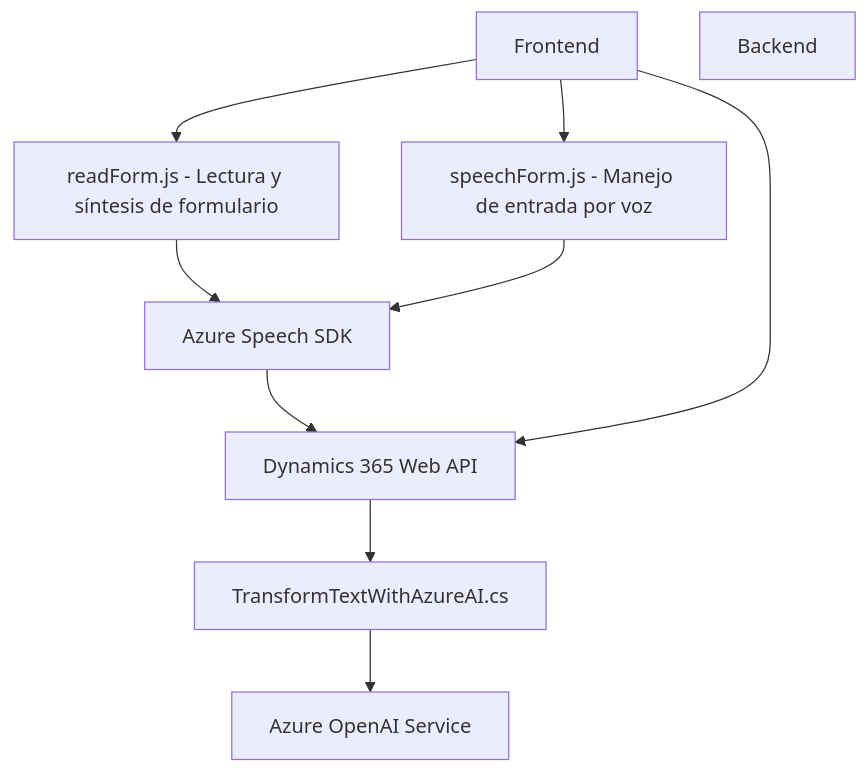
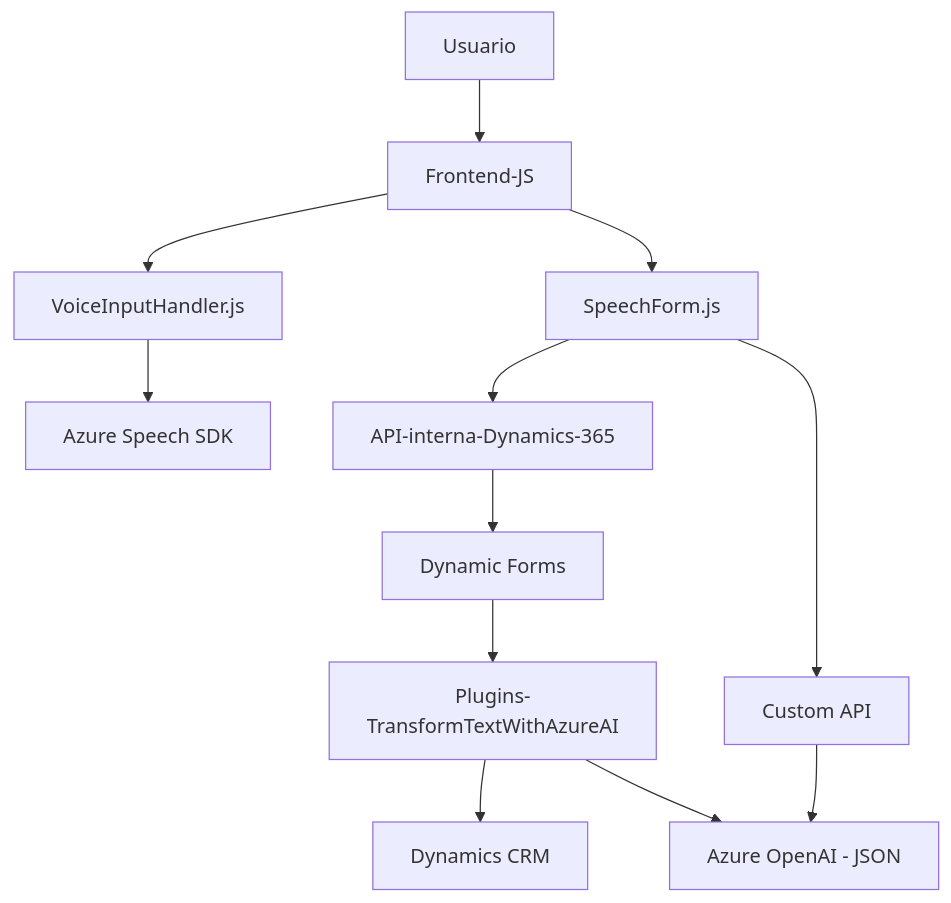
The diagram in README.md (blopezdm/NETCORE_BILBAO2025), drawn with Mermaid before and after one commit. The commit also changed other lines of this file, not shown here.

````diff
--- a/README.md
+++ b/README.md
@@ -59,22 +41,14 @@
 ```mermaid
 graph TD
-    A["Frontend"]
-    A1["readForm.js - Lectura y síntesis de formulario"]
-    A2["speechForm.js - Manejo de entrada por voz"]
-    B["Azure Speech SDK"]
-    C["Dynamics 365 Web API"]
-
-    D["Backend"]
-    D1["TransformTextWithAzureAI.cs"]
-    D2["Azure OpenAI Service"]
-
-    A --> A1
-    A --> A2
-    A1 --> B
-    A2 --> B
-    B --> C
-    A --> C
-
-    C --> D1
-    D1 --> D2
+    A["Usuario"] --> B["Frontend-JS"]
+    B --> C["VoiceInputHandler.js"]
+    B --> D["SpeechForm.js"]
+    C --> E["Azure Speech SDK"]
+    D --> F["API-interna-Dynamics-365"]
+    F --> G["Dynamic Forms"]
+    D --> H["Custom API"]
+    H --> I["Azure OpenAI - JSON"]
+    G --> J["Plugins-TransformTextWithAzureAI"]
+    J --> K["Dynamics CRM"]
+    J --> I
 ```
````
